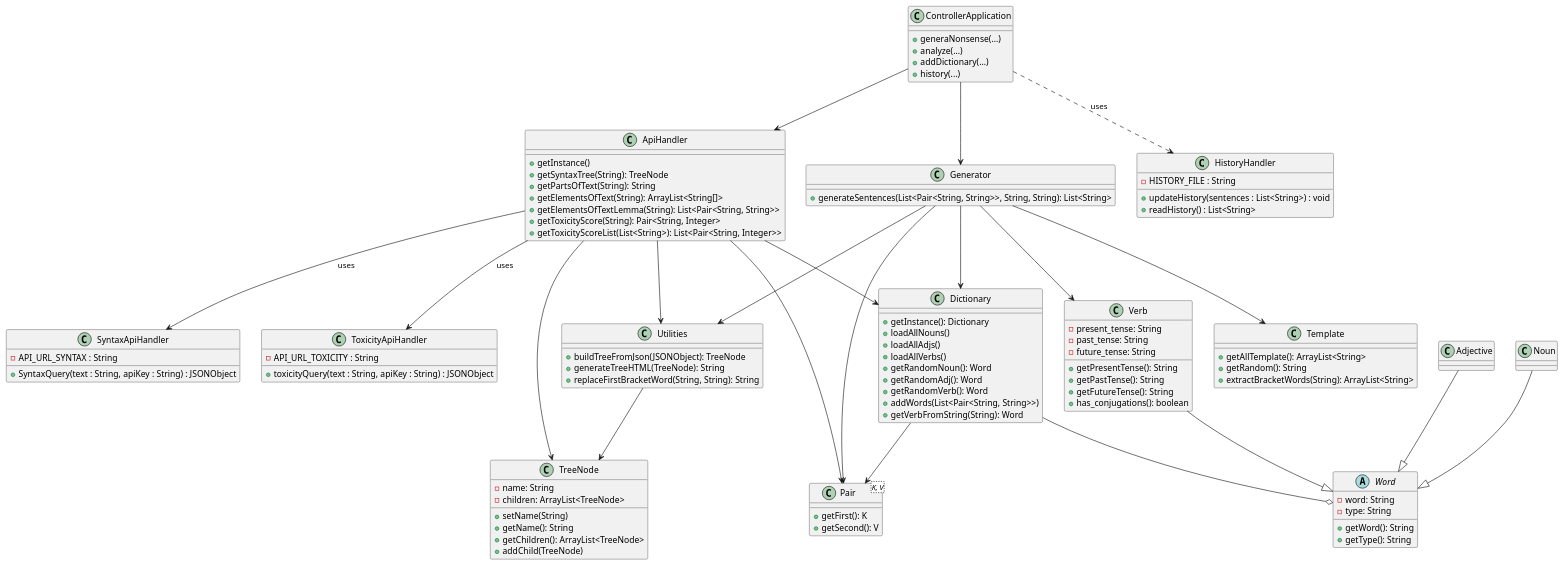
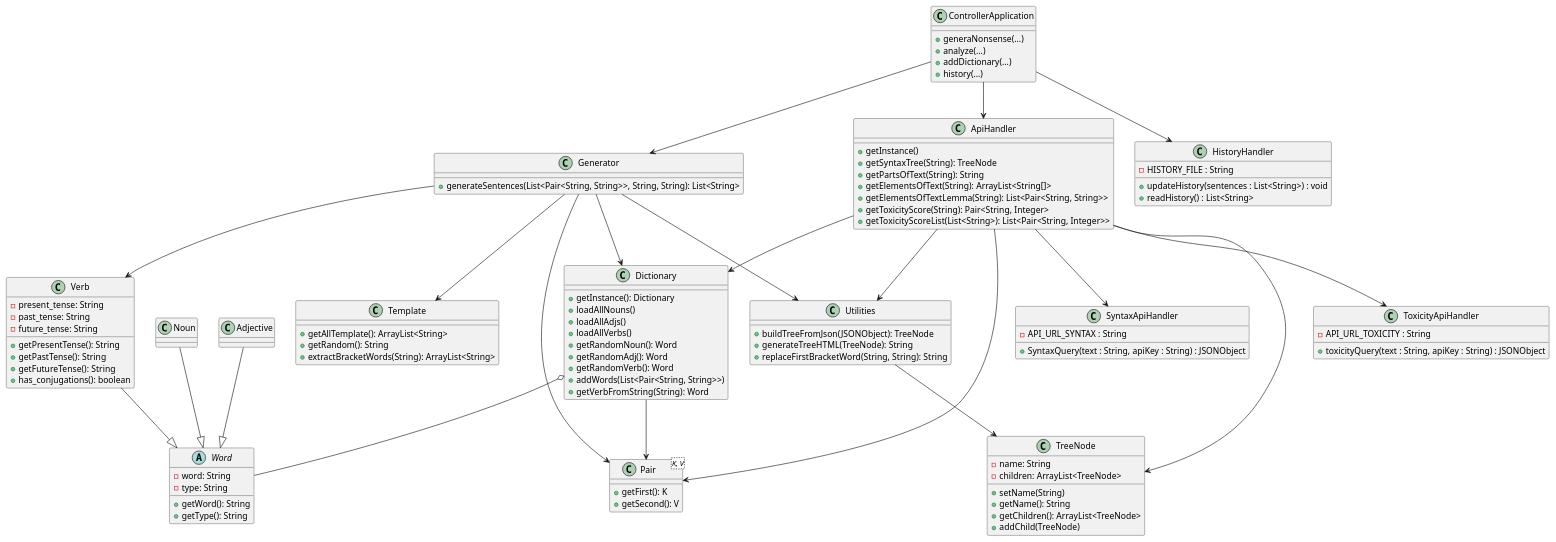
One commit to Ceschissimo04/NONSENSE-generator changed the diagram in docs/UMLText/DesignClassModelDiagram.puml. Above: the diagram before and after it, drawn with PlantUML. The commit also changed 10 other files, not shown here.

```diff
--- a/docs/UMLText/DesignClassModelDiagram.puml
+++ b/docs/UMLText/DesignClassModelDiagram.puml
@@ -1,133 +1,126 @@
 @startuml
 
 ' ==== MODEL ====
 'package "model" {
     abstract class Word {
         - word: String
         - type: String
         + getWord(): String
         + getType(): String
     }
     class Noun
     class Verb {
         - present_tense: String
         - past_tense: String
         - future_tense: String
         + getPresentTense(): String
         + getPastTense(): String
         + getFutureTense(): String
         + has_conjugations(): boolean
     }
     class Adjective
     class Dictionary {
         + getInstance(): Dictionary
         + loadAllNouns()
         + loadAllAdjs()
         + loadAllVerbs()
         + getRandomNoun(): Word
         + getRandomAdj(): Word
         + getRandomVerb(): Word
         + addWords(List<Pair<String, String>>)
         + getVerbFromString(String): Word
     }
     class Template {
         + getAllTemplate(): ArrayList<String>
         + getRandom(): String
         + extractBracketWords(String): ArrayList<String>
     }
 
     Noun --|> Word
     Verb --|> Word
     Adjective --|> Word
     'Dictionary --> Noun
     'Dictionary --> Verb
     'Dictionary --> Adjective
-    Dictionary --o Word
+    Dictionary o-- Word
 '}
 
 ' ==== CONTROLLER ====
 'package "controller" {
     class ControllerApplication {
         + generaNonsense(...)
         + analyze(...)
         + addDictionary(...)
         + history(...)
     }
     class ApiHandler {
         + getInstance()
         + getSyntaxTree(String): TreeNode
         + getPartsOfText(String): String
         + getElementsOfText(String): ArrayList<String[]>
         + getElementsOfTextLemma(String): List<Pair<String, String>>
         + getToxicityScore(String): Pair<String, Integer>
         + getToxicityScoreList(List<String>): List<Pair<String, Integer>>
     }
     class Generator {
         + generateSentences(List<Pair<String, String>>, String, String): List<String>
     }
     class HistoryHandler { 
         - HISTORY_FILE : String 
         + updateHistory(sentences : List<String>) : void 
         + readHistory() : List<String> 
     }
     class SyntaxApiHandler {
         - API_URL_SYNTAX : String
         + SyntaxQuery(text : String, apiKey : String) : JSONObject
     }
     class ToxicityApiHandler {
     - API_URL_TOXICITY : String
     + toxicityQuery(text : String, apiKey : String) : JSONObject
 }
 '}
 
 ' ==== UTILITY ====
 'package "utility" {
     class Utilities {
         + buildTreeFromJson(JSONObject): TreeNode
         + generateTreeHTML(TreeNode): String
         + replaceFirstBracketWord(String, String): String
     }
     class Pair<K, V> {
         + getFirst(): K
         + getSecond(): V
     }
         class TreeNode {
         - name: String
         - children: ArrayList<TreeNode>
         + setName(String)
         + getName(): String
         + getChildren(): ArrayList<TreeNode>
         + addChild(TreeNode)
     }
 '}
 
 ' ==== RELATIONSHIPS ====
 ControllerApplication --> ApiHandler
 ControllerApplication --> Generator
-ControllerApplication ..> HistoryHandler : uses
-'ControllerApplication --> Dictionary
-'ControllerApplication --> Template
-'ControllerApplication --> Utilities
-'ControllerApplication --> TreeNode
-'ControllerApplication --> Pair
+ControllerApplication --> HistoryHandler
 
 ApiHandler --> Utilities
 ApiHandler --> TreeNode
 ApiHandler --> Pair
 ApiHandler --> Dictionary
-ApiHandler --> SyntaxApiHandler : uses
-ApiHandler --> ToxicityApiHandler : uses
+ApiHandler --> SyntaxApiHandler
+ApiHandler --> ToxicityApiHandler
 
 Generator --> Dictionary
 Generator --> Template
 Generator --> Utilities
 Generator --> Pair
 Generator --> Verb
 
 Dictionary --> Pair
 
-'Template --> Pair
-
 Utilities --> TreeNode
 
 @enduml
```
